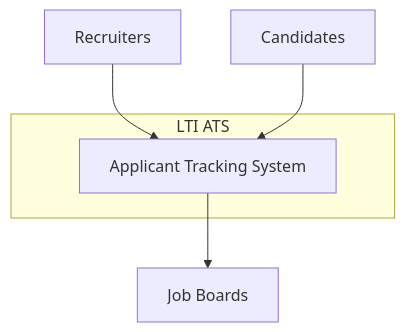
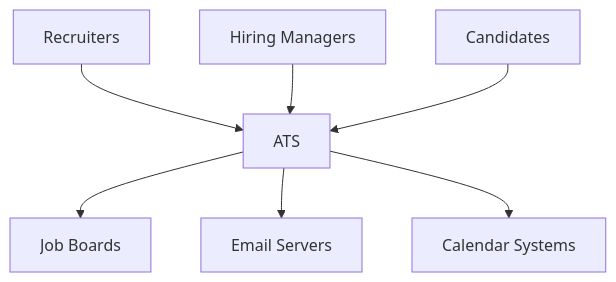
One commit to LIDR-academy/AI4Devs-design changed the sixth of 9 diagrams in LTI-RJD/UserStories-RJD.md. Above: the diagram before and after it, drawn with Mermaid. The commit also changed other lines of this file and 1 other file, not shown here.

````diff
--- a/LTI-RJD/UserStories-RJD.md
+++ b/LTI-RJD/UserStories-RJD.md
@@ -212,9 +198,9 @@
 ```mermaid
 flowchart TD
-    subgraph LTI ATS
-        A[Applicant Tracking System]
-    end
-    Users[Recruiters] --> A
-    Candidates[Candidates] --> A
-    A --> JobBoards[Job Boards]
+    Recruiters[Recruiters] --> ATS
+    HiringManagers[Hiring Managers] --> ATS
+    Candidates[Candidates] --> ATS
+    ATS --> JobBoards[Job Boards]
+    ATS --> EmailServers[Email Servers]
+    ATS --> CalendarSystems[Calendar Systems]
 ```
````
